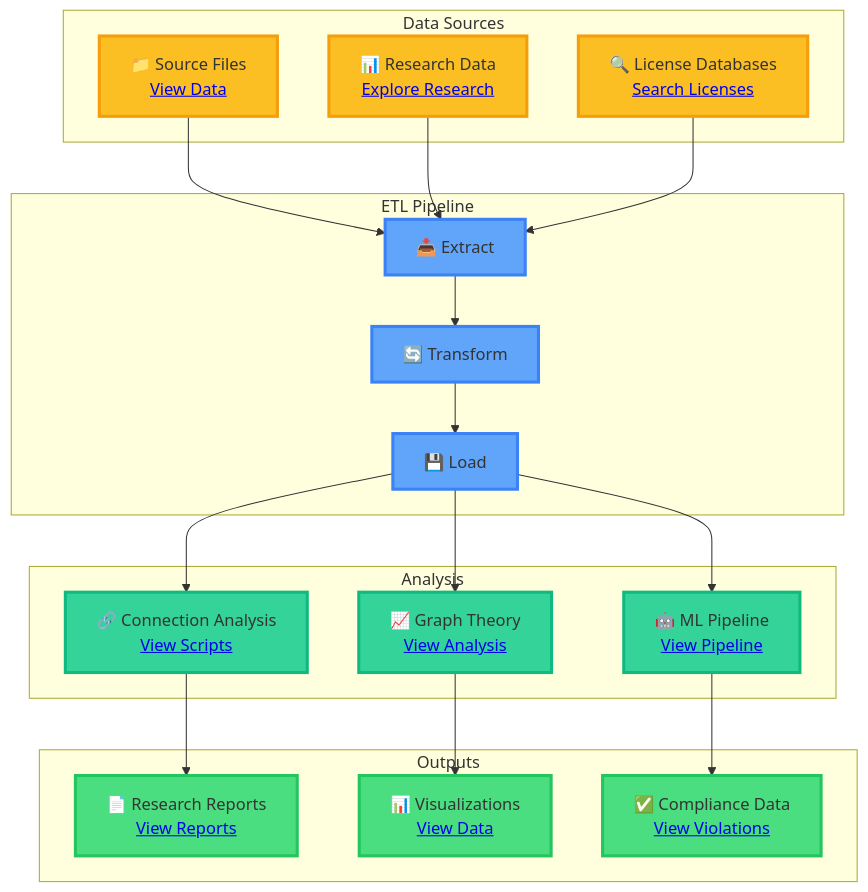
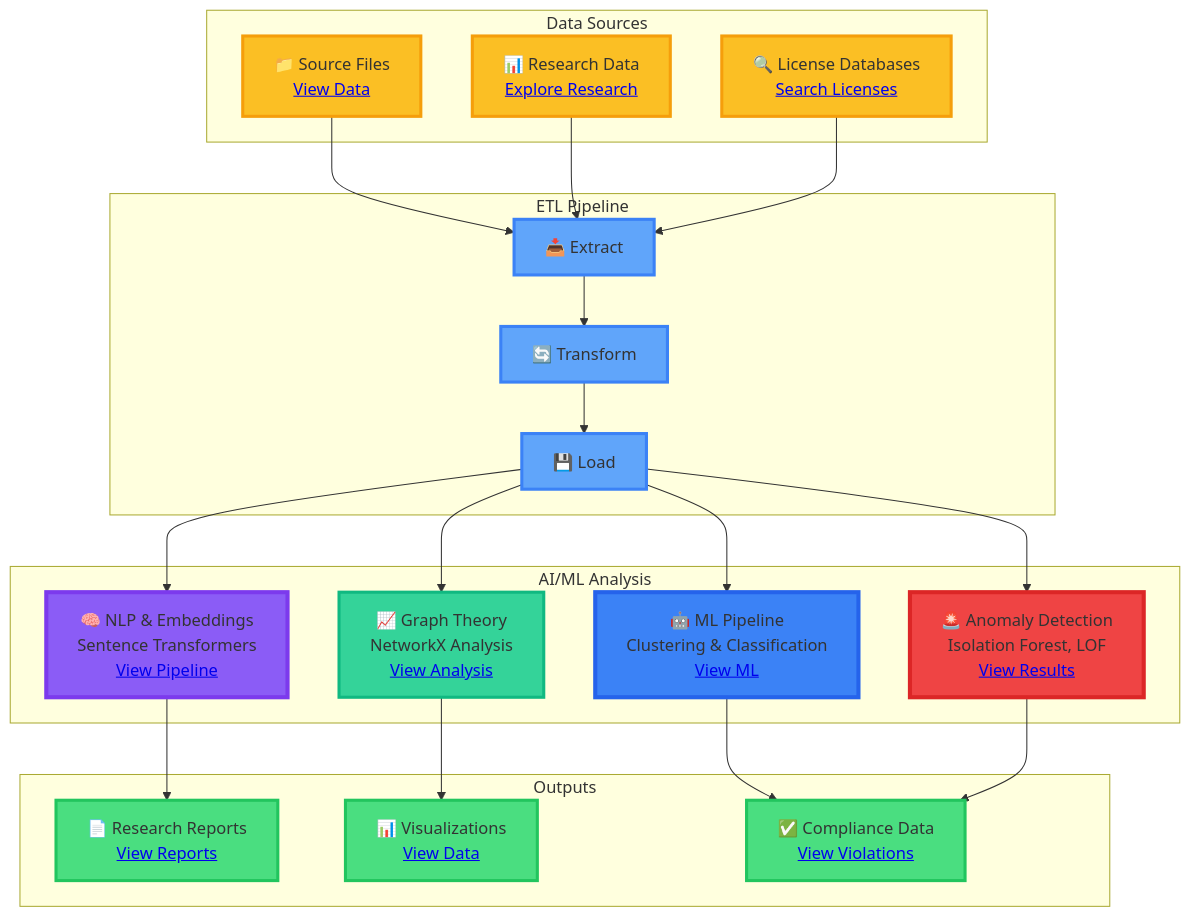
Before and after one commit to 1digitaldesign/kettler-data-analysis: the first of 7 diagrams in README.md, drawn with Mermaid. The commit also changed other lines of this file, not shown here.

````diff
--- a/README.md
+++ b/README.md
@@ -70,51 +88,55 @@
 ```mermaid
 graph TB
     subgraph "Data Sources"
         A["📁 Source Files<br/><a href='data/source/'>View Data</a>"]
         B["📊 Research Data<br/><a href='research/'>Explore Research</a>"]
         C["🔍 License Databases<br/><a href='research/license_searches/'>Search Licenses</a>"]
     end
 
     subgraph "ETL Pipeline"
         D["📥 Extract"]
         E["🔄 Transform"]
         F["💾 Load"]
     end
 
-    subgraph "Analysis"
-        G["🔗 Connection Analysis<br/><a href='scripts/analysis/'>View Scripts</a>"]
-        H["📈 Graph Theory<br/><a href='data/processed/graph_theory_analysis.json'>View Analysis</a>"]
-        I["🤖 ML Pipeline<br/><a href='scripts/analysis/advanced_ml_pipeline.py'>View Pipeline</a>"]
+    subgraph "AI/ML Analysis"
+        G["🧠 NLP & Embeddings<br/>Sentence Transformers<br/><a href='scripts/analysis/advanced_ml_pipeline.py'>View Pipeline</a>"]
+        H["📈 Graph Theory<br/>NetworkX Analysis<br/><a href='data/processed/graph_theory_analysis.json'>View Analysis</a>"]
+        I["🤖 ML Pipeline<br/>Clustering & Classification<br/><a href='scripts/analysis/ml_tax_structure_analysis.py'>View ML</a>"]
+        I2["🚨 Anomaly Detection<br/>Isolation Forest, LOF<br/><a href='data/processed/ml_tax_structure_analysis.json'>View Results</a>"]
     end
 
     subgraph "Outputs"
         J["📄 Research Reports<br/><a href='research/reports/'>View Reports</a>"]
         K["📊 Visualizations<br/><a href='data/processed/'>View Data</a>"]
         L["✅ Compliance Data<br/><a href='data/processed/cross_referenced_violations.json'>View Violations</a>"]
     end
 
     A --> D
     B --> D
     C --> D
     D --> E
     E --> F
     F --> G
     F --> H
     F --> I
+    F --> I2
     G --> J
     H --> K
     I --> L
+    I2 --> L
 
     style A fill:#fbbf24,stroke:#f59e0b,stroke-width:3px
     style B fill:#fbbf24,stroke:#f59e0b,stroke-width:3px
     style C fill:#fbbf24,stroke:#f59e0b,stroke-width:3px
     style D fill:#60a5fa,stroke:#3b82f6,stroke-width:3px
     style E fill:#60a5fa,stroke:#3b82f6,stroke-width:3px
     style F fill:#60a5fa,stroke:#3b82f6,stroke-width:3px
-    style G fill:#34d399,stroke:#10b981,stroke-width:3px
+    style G fill:#8b5cf6,stroke:#7c3aed,stroke-width:4px
     style H fill:#34d399,stroke:#10b981,stroke-width:3px
-    style I fill:#34d399,stroke:#10b981,stroke-width:3px
+    style I fill:#3b82f6,stroke:#2563eb,stroke-width:4px
+    style I2 fill:#ef4444,stroke:#dc2626,stroke-width:4px
     style J fill:#4ade80,stroke:#22c55e,stroke-width:3px
     style K fill:#4ade80,stroke:#22c55e,stroke-width:3px
     style L fill:#4ade80,stroke:#22c55e,stroke-width:3px
 ```
````
